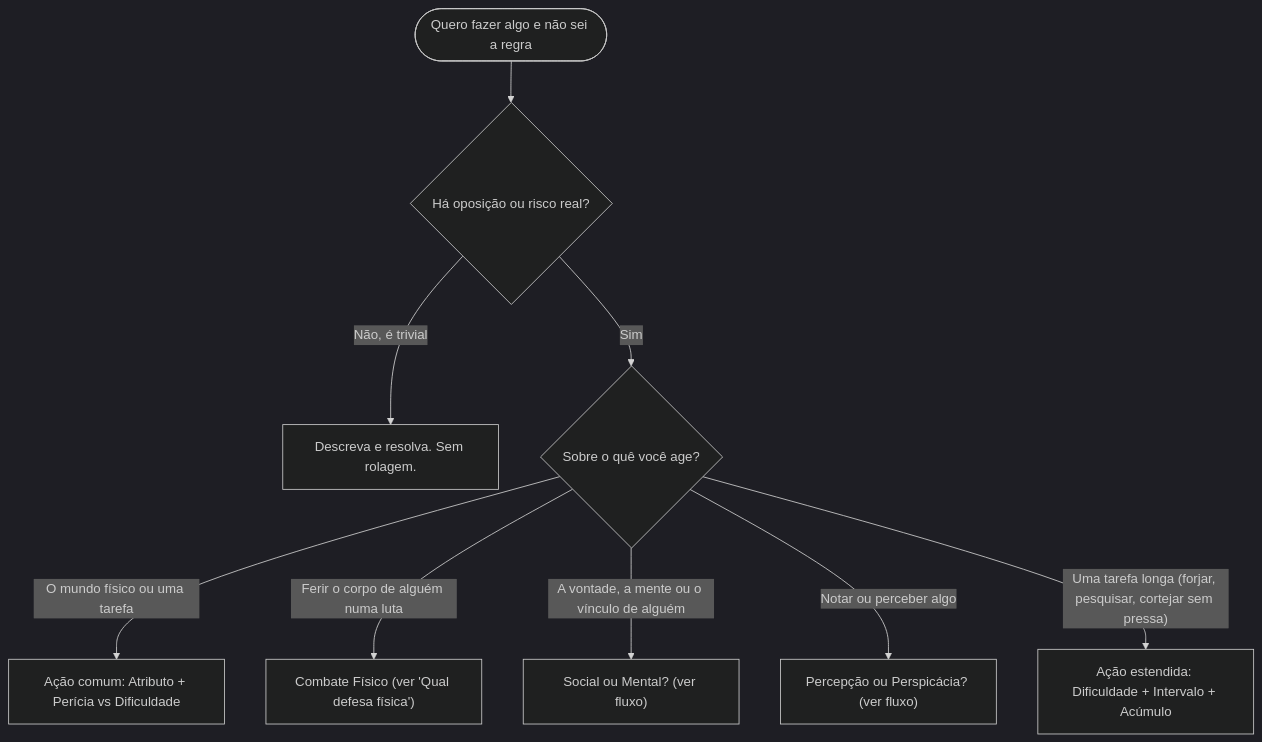
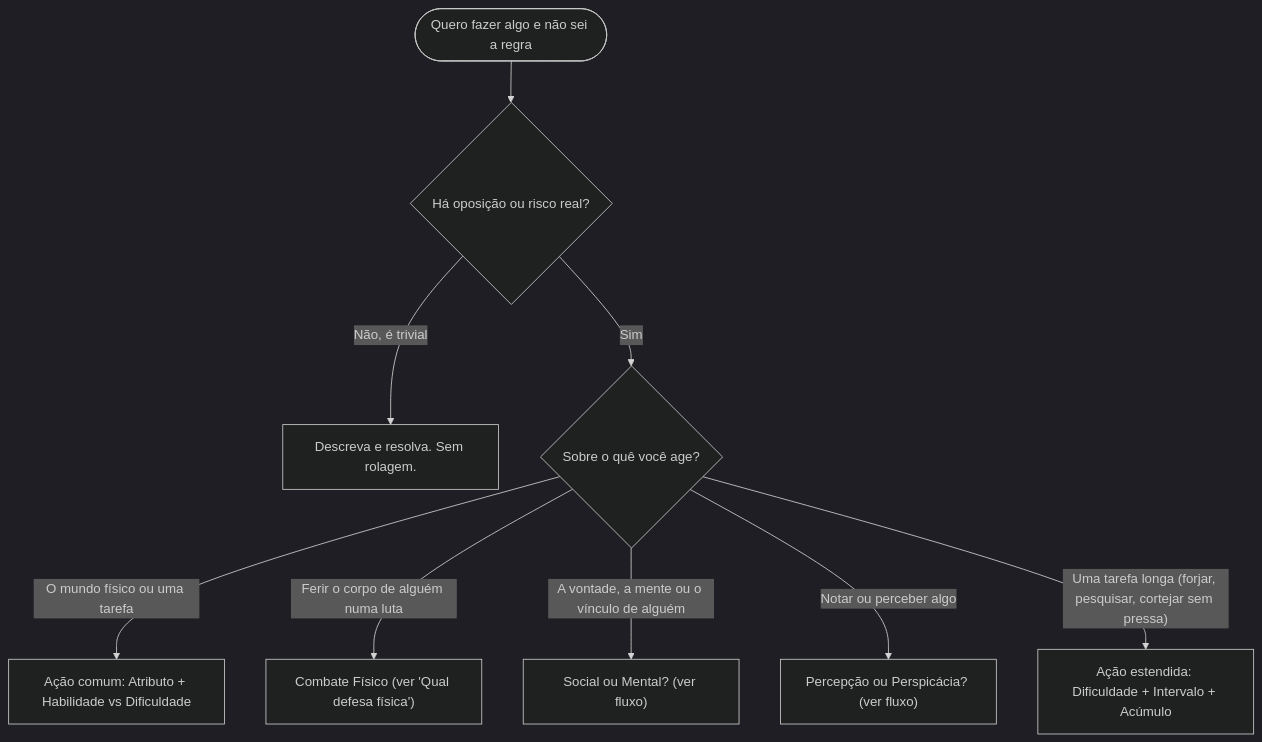
The first of 6 diagrams in src/content/chapters/qual-sistema.md (f-neves/centelha-rpg), drawn with Mermaid (dark theme) before and after one commit. The commit also changed other lines of this file and 32 other files, not shown here.

````diff
--- a/src/content/chapters/qual-sistema.md
+++ b/src/content/chapters/qual-sistema.md
@@ -16,11 +16,11 @@
 ```mermaid
 flowchart TD
   Start(["Quero fazer algo e não sei a regra"]) --> Q0{"Há oposição ou risco real?"}
   Q0 -->|"Não, é trivial"| Livre["Descreva e resolva. Sem rolagem."]
   Q0 -->|"Sim"| Q1{"Sobre o quê você age?"}
-  Q1 -->|"O mundo físico ou uma tarefa"| Tarefa["Ação comum: Atributo + Perícia vs Dificuldade"]
+  Q1 -->|"O mundo físico ou uma tarefa"| Tarefa["Ação comum: Atributo + Habilidade vs Dificuldade"]
   Q1 -->|"Ferir o corpo de alguém numa luta"| Fisico["Combate Físico (ver 'Qual defesa física')"]
   Q1 -->|"A vontade, a mente ou o vínculo de alguém"| SM["Social ou Mental? (ver fluxo)"]
   Q1 -->|"Notar ou perceber algo"| PP["Percepção ou Perspicácia? (ver fluxo)"]
   Q1 -->|"Uma tarefa longa (forjar, pesquisar, cortejar sem pressa)"| Est["Ação estendida: Dificuldade + Intervalo + Acúmulo"]
 ```
````
